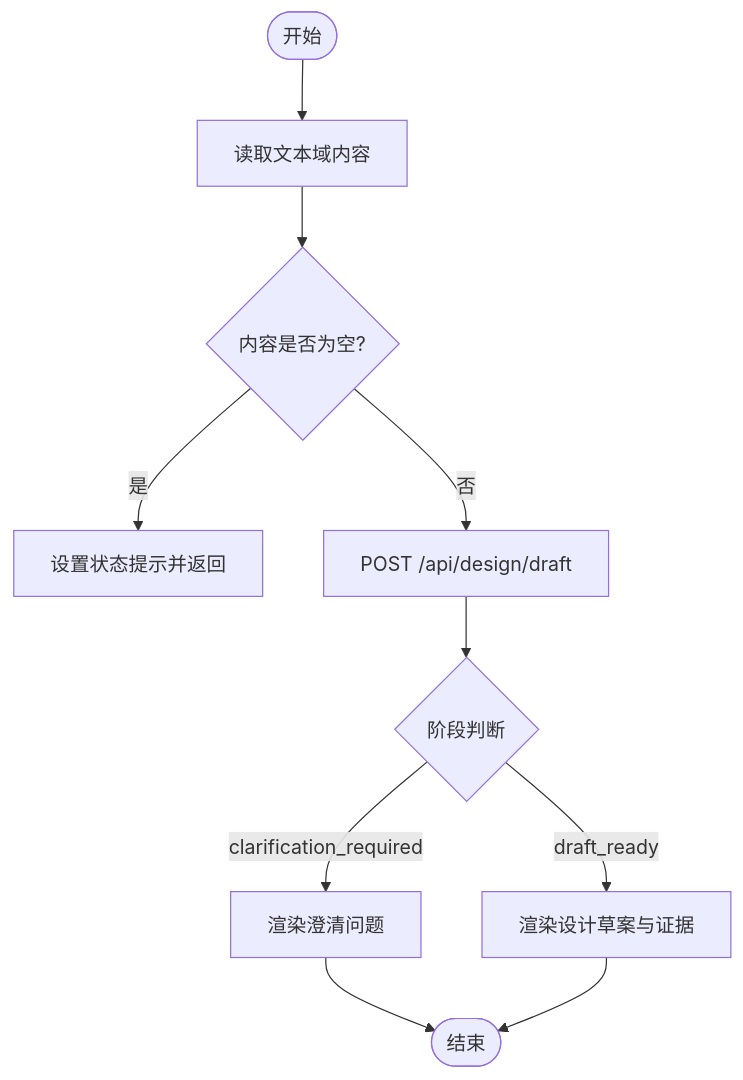
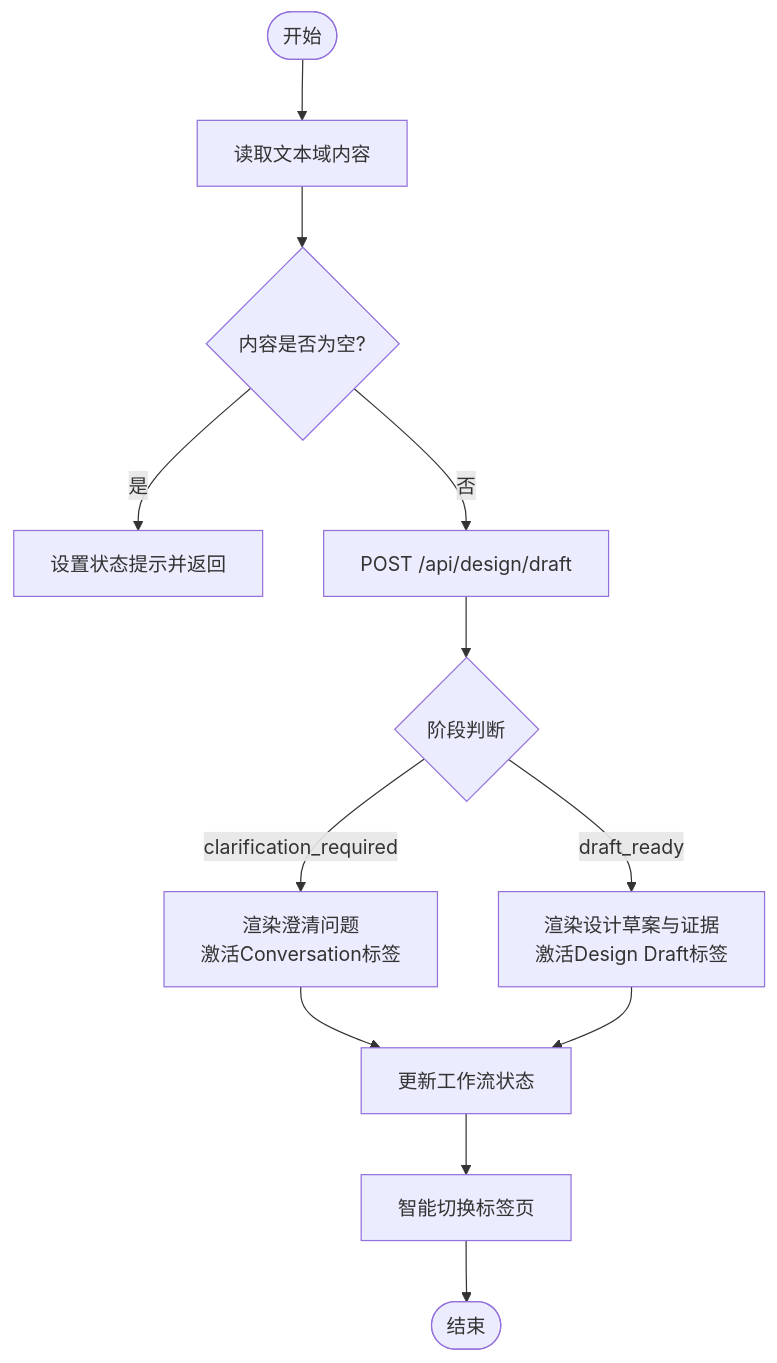
Before and after one commit to wsqstar/RoadGen3D: the fourth of 8 diagrams in .qoder/repowiki/zh/content/Web界面系统/工作台界面/LLM对话面板.md, drawn with Mermaid. The commit also changed other lines of this file and 8 other files, not shown here.

````diff
--- a/.qoder/repowiki/zh/content/Web界面系统/工作台界面/LLM对话面板.md
+++ b/.qoder/repowiki/zh/content/Web界面系统/工作台界面/LLM对话面板.md
@@ -159,12 +224,14 @@
 ```mermaid
 flowchart TD
 Start(["开始"]) --> Input["读取文本域内容"]
 Input --> Validate{"内容是否为空?"}
 Validate -- 是 --> Warn["设置状态提示并返回"]
 Validate -- 否 --> CallAPI["POST /api/design/draft"]
 CallAPI --> Stage{"阶段判断"}
-Stage -- clarification_required --> RenderClarify["渲染澄清问题"]
-Stage -- draft_ready --> RenderDraft["渲染设计草案与证据"]
-RenderClarify --> End(["结束"])
-RenderDraft --> End
+Stage -- clarification_required --> RenderClarify["渲染澄清问题<br/>激活Conversation标签"]
+Stage -- draft_ready --> RenderDraft["渲染设计草案与证据<br/>激活Design Draft标签"]
+RenderClarify --> UpdateWorkflow["更新工作流状态"]
+RenderDraft --> UpdateWorkflow
+UpdateWorkflow --> SwitchTab["智能切换标签页"]
+SwitchTab --> End(["结束"])
 ```
````
